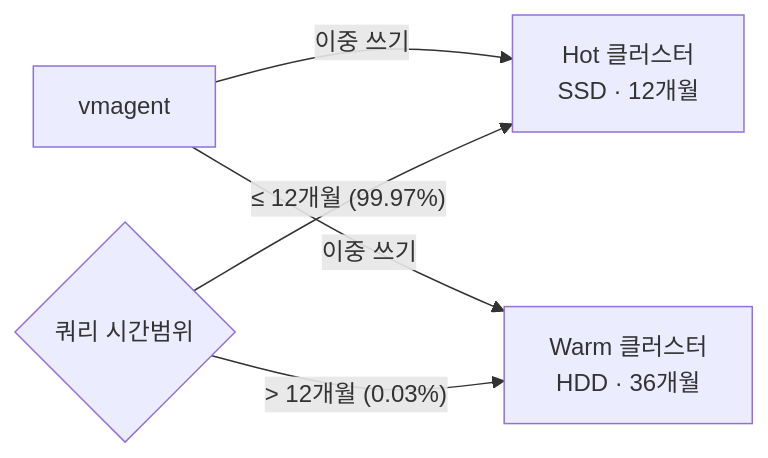
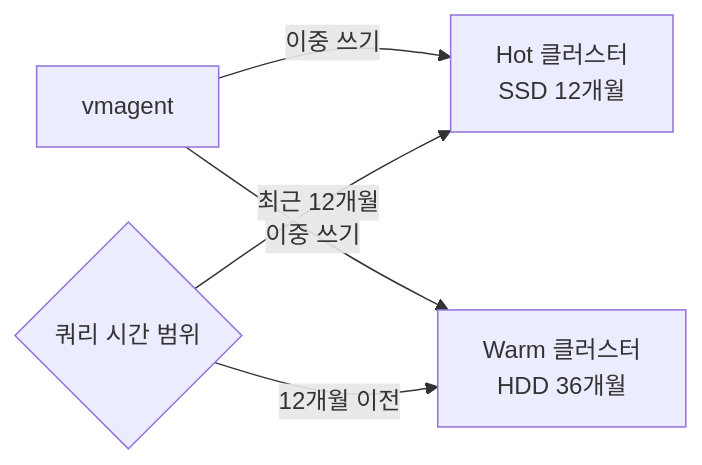
The first of 2 diagrams in content/monitoring/victoriametrics/by-source/02-2026-04-large-scale-metric-store.md (idoyo7/study-hugo), drawn with Mermaid before and after one commit. The commit also changed other lines of this file and 3 other files, not shown here.

First line of the commit message:
docs(victoriametrics): by-source 다이어그램 5종 추가 + 문체 정제(Codex 교차검증)

````diff
--- a/content/monitoring/victoriametrics/by-source/02-2026-04-large-scale-metric-store.md
+++ b/content/monitoring/victoriametrics/by-source/02-2026-04-large-scale-metric-store.md
@@ -85,7 +85,7 @@
 ```mermaid
 flowchart LR
-  A["vmagent"] -->|이중 쓰기| H["Hot 클러스터<br/>SSD · 12개월"]
-  A -->|이중 쓰기| W["Warm 클러스터<br/>HDD · 36개월"]
-  QR{"쿼리 시간범위"} -->|"≤ 12개월 (99.97%)"| H
-  QR -->|"> 12개월 (0.03%)"| W
+  A["vmagent"] -->|이중 쓰기| H["Hot 클러스터<br/>SSD 12개월"]
+  A -->|이중 쓰기| W["Warm 클러스터<br/>HDD 36개월"]
+  QR{"쿼리 시간 범위"} -->|최근 12개월| H
+  QR -->|12개월 이전| W
 ```
````
